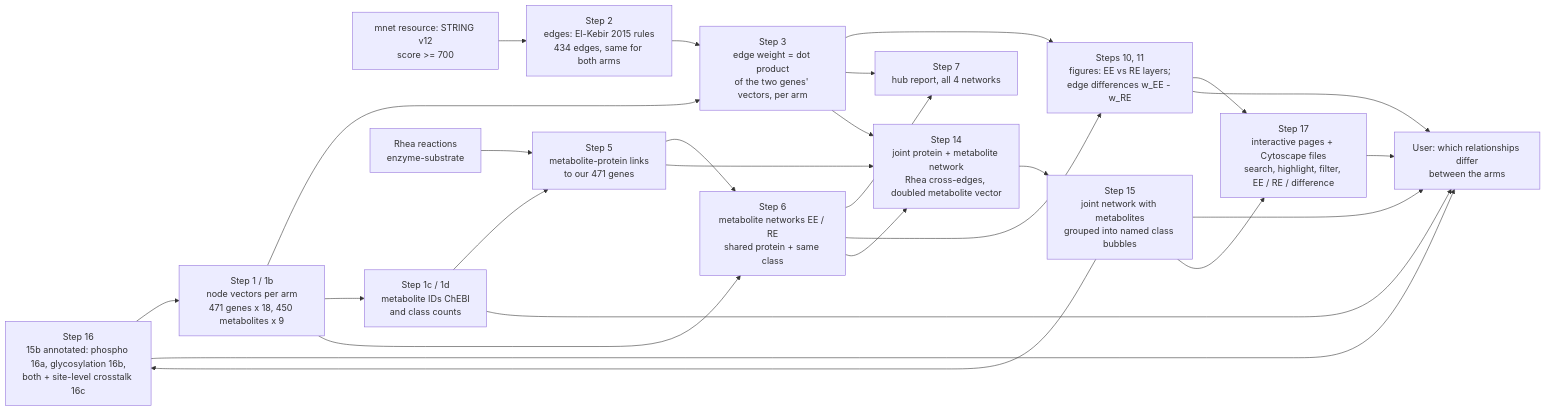
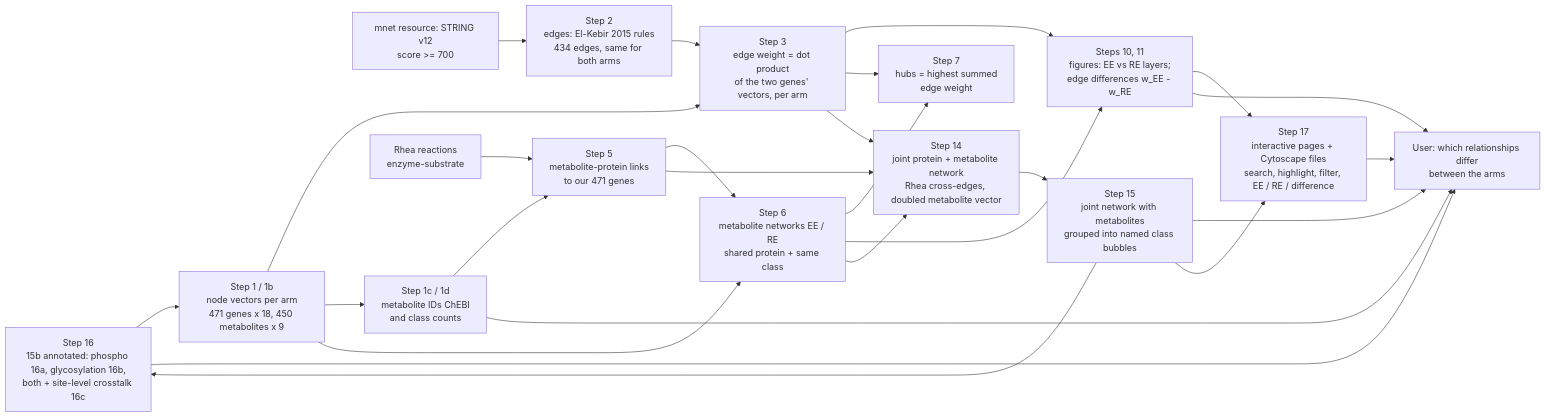
One commit to Stanford-Bioinformatics-Center/multiomics-hackathon-2026-track-1 changed the diagram in network/README.md. Above: the diagram before and after it, drawn with Mermaid. The commit also changed other lines of this file and 3 other files, not shown here.

First line of the commit message:
Hub = node with the highest summed edge weight (team definition); step 7 covers the joint network

````diff
--- a/network/README.md
+++ b/network/README.md
@@ -43,28 +43,28 @@
 ```mermaid
 flowchart LR
   A[MoTrPAC results<br/>RNA, protein, metabolites<br/>adipose, blood, muscle] --> B[Step 1 / 1b<br/>node vectors per arm<br/>471 genes x 18, 450 metabolites x 9]
   S[mnet resource: STRING v12<br/>score >= 700] --> C[Step 2<br/>edges: El-Kebir 2015 rules<br/>434 edges, same for both arms]
   B --> D[Step 3<br/>edge weight = dot product<br/>of the two genes' vectors, per arm]
   C --> D
   B --> F[Step 1c / 1d<br/>metabolite IDs ChEBI<br/>and class counts]
   D --> P[Steps 10, 11<br/>figures: EE vs RE layers;<br/>edge differences w_EE - w_RE]
   R[Rhea reactions<br/>enzyme-substrate] --> G[Step 5<br/>metabolite-protein links<br/>to our 471 genes]
   F --> G
   G --> H[Step 6<br/>metabolite networks EE / RE<br/>shared protein + same class]
   B --> H
-  D --> K[Step 7<br/>hub report, all 4 networks]
+  D --> K[Step 7<br/>hubs = highest summed<br/>edge weight]
   H --> K
   H --> P
   D --> J[Step 14<br/>joint protein + metabolite network<br/>Rhea cross-edges, doubled metabolite vector]
   H --> J
   G --> J
   J --> Q[Step 15<br/>joint network with metabolites<br/>grouped into named class bubbles]
   Q --> U
   Q --> A[Step 16<br/>15b annotated: phospho 16a, glycosylation 16b,<br/>both + site-level crosstalk 16c]
   A --> U
   Q --> I[Step 17<br/>interactive pages + Cytoscape files<br/>search, highlight, filter, EE / RE / difference]
   P --> I
   I --> U
   P --> U[User: which relationships differ<br/>between the arms]
   F --> U
 ```
````
